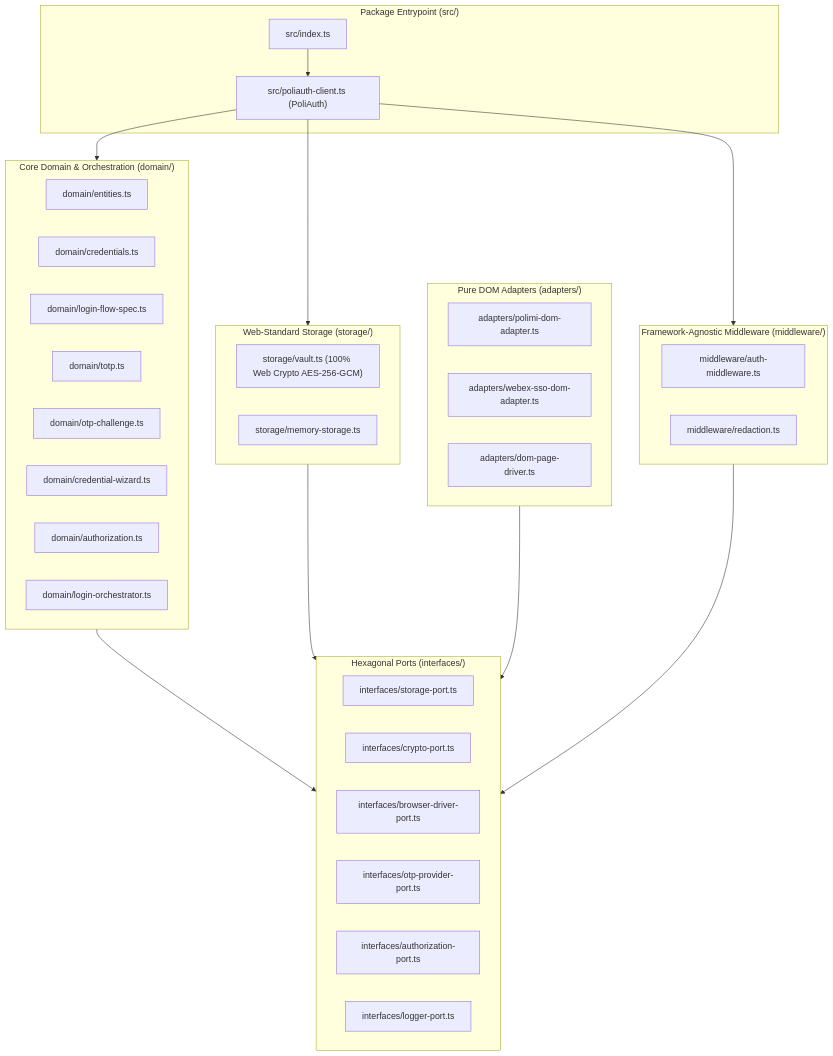
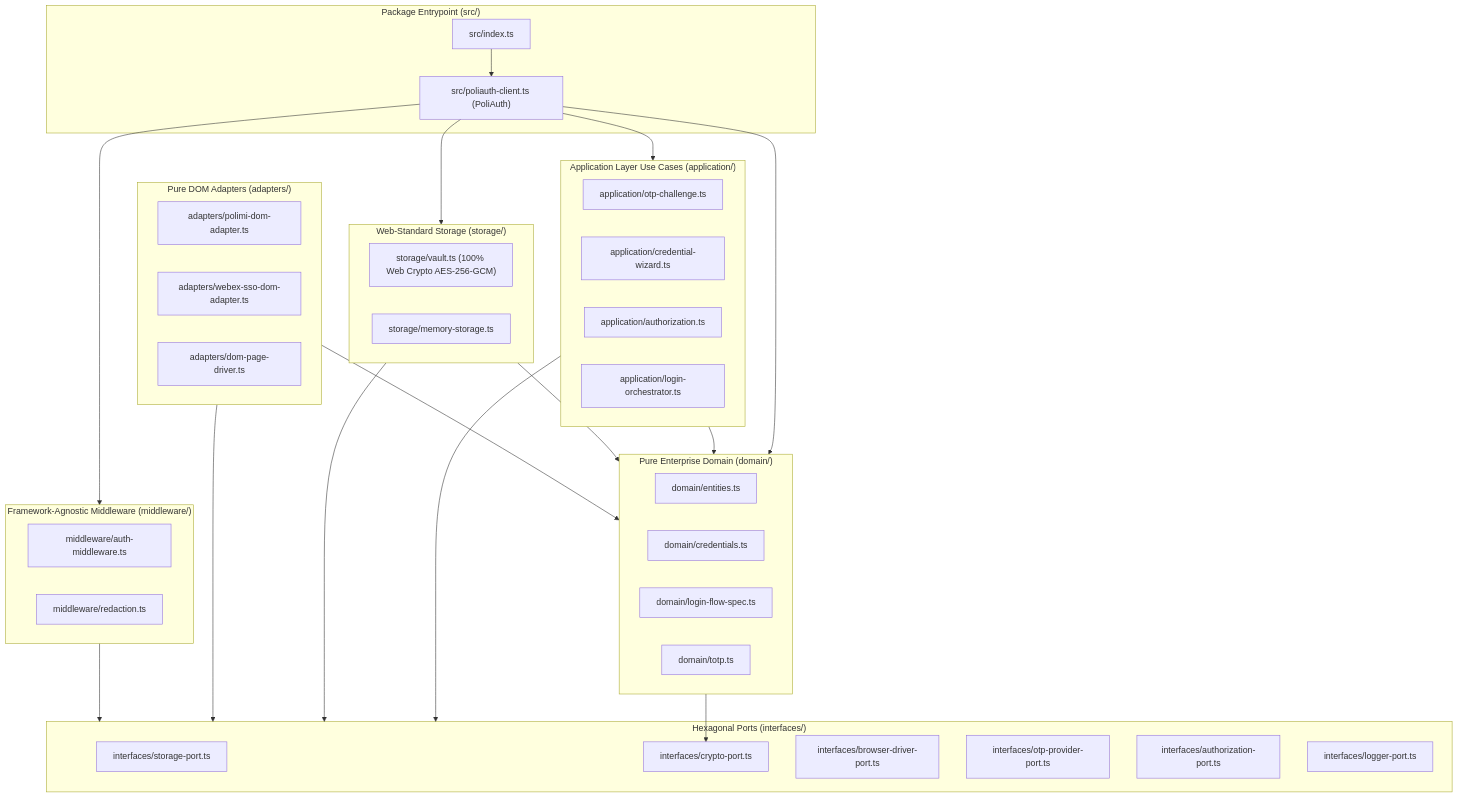
Before and after one commit to m-ebrahimzadeh/polisdk: the diagram in packages/poliauth/docs/01-architecture-analysis-and-coupling-report.md, drawn with Mermaid. The commit also changed other lines of this file and 17 other files, not shown here.

Commit message:
refactor(poliauth): Phase 2 - separate application layer use cases from pure domain layer

````diff
--- a/packages/poliauth/docs/01-architecture-analysis-and-coupling-report.md
+++ b/packages/poliauth/docs/01-architecture-analysis-and-coupling-report.md
@@ -11,52 +11,60 @@
 ```mermaid
 flowchart TD
   subgraph Facade["Package Entrypoint (src/)"]
     Index["src/index.ts"]
     Client["src/poliauth-client.ts (PoliAuth)"]
   end
 
-  subgraph Domain["Core Domain & Orchestration (domain/)"]
+  subgraph Application["Application Layer Use Cases (application/)"]
+    OtpCoord["application/otp-challenge.ts"]
+    Wizard["application/credential-wizard.ts"]
+    Authz["application/authorization.ts"]
+    Orch["application/login-orchestrator.ts"]
+  end
+
+  subgraph Domain["Pure Enterprise Domain (domain/)"]
     Entities["domain/entities.ts"]
     Creds["domain/credentials.ts"]
     FlowSpec["domain/login-flow-spec.ts"]
     Totp["domain/totp.ts"]
-    OtpCoord["domain/otp-challenge.ts"]
-    Wizard["domain/credential-wizard.ts"]
-    Authz["domain/authorization.ts"]
-    Orch["domain/login-orchestrator.ts"]
   end
 
   subgraph Ports["Hexagonal Ports (interfaces/)"]
     StoragePort["interfaces/storage-port.ts"]
     CryptoPort["interfaces/crypto-port.ts"]
     DriverPort["interfaces/browser-driver-port.ts"]
     OtpPort["interfaces/otp-provider-port.ts"]
     AuthzPort["interfaces/authorization-port.ts"]
     LoggerPort["interfaces/logger-port.ts"]
   end
 
   subgraph Storage["Web-Standard Storage (storage/)"]
     Vault["storage/vault.ts (100% Web Crypto AES-256-GCM)"]
     MemStore["storage/memory-storage.ts"]
   end
 
   subgraph Adapters["Pure DOM Adapters (adapters/)"]
     PolimiDom["adapters/polimi-dom-adapter.ts"]
     WebexDom["adapters/webex-sso-dom-adapter.ts"]
     DomDriver["adapters/dom-page-driver.ts"]
   end
 
   subgraph Middleware["Framework-Agnostic Middleware (middleware/)"]
     AuthMw["middleware/auth-middleware.ts"]
     Redaction["middleware/redaction.ts"]
   end
 
   Index --> Client
+  Client --> Application
   Client --> Domain
   Client --> Storage
   Client --> Middleware
-  Domain --> Ports
+  Application --> Domain
+  Application --> Ports
+  Domain --> CryptoPort
+  Storage --> Domain
   Storage --> Ports
+  Adapters --> Domain
   Adapters --> Ports
   Middleware --> Ports
 ```
````
